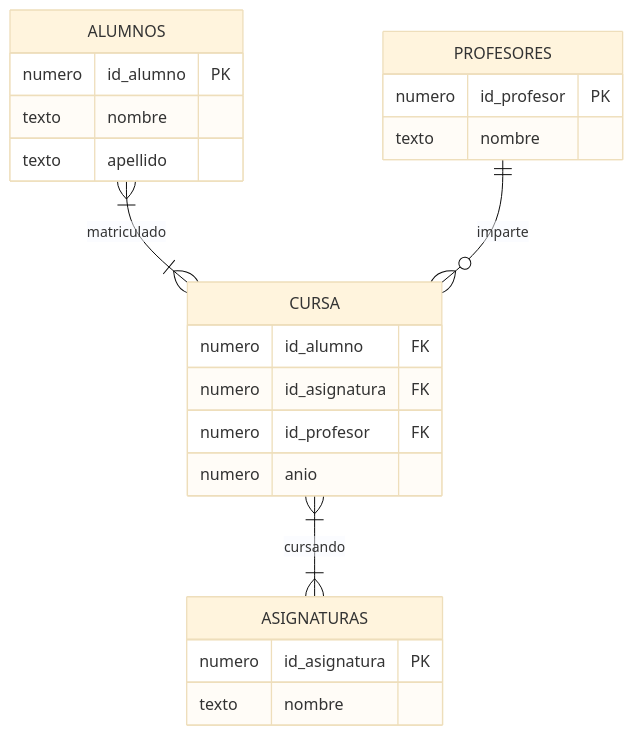
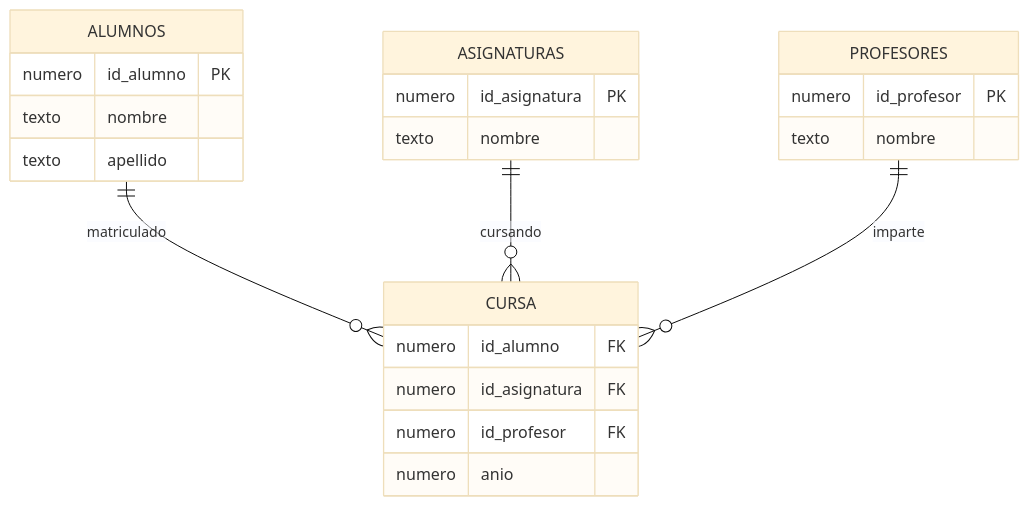
Before and after one commit to IraitzM/ingenieria-datos: the fourth of 4 diagrams in content/modelado/desnormalizar.qmd, drawn with Mermaid (base theme). The commit also changed other lines of this file and 4 other files, not shown here.

Commit message:
FIX ER diagrams

````diff
--- a/content/modelado/desnormalizar.qmd
+++ b/content/modelado/desnormalizar.qmd
@@ -109,26 +109,26 @@
 ```{mermaid}
 erDiagram
     ALUMNOS {
         numero id_alumno PK
         texto nombre
         texto apellido
     }
     CURSA{
         numero id_alumno FK
         numero id_asignatura FK
         numero id_profesor FK
         numero anio
     }
     ASIGNATURAS {
         numero id_asignatura PK
         texto nombre
     }
     PROFESORES {
         numero id_profesor PK
         texto nombre
     }
 
-    ALUMNOS }|--|{ CURSA: matriculado
-    CURSA }|--|{ ASIGNATURAS: cursando
+    ALUMNOS ||--o{ CURSA: matriculado
+    ASIGNATURAS ||--o{ CURSA: cursando
     PROFESORES ||--o{ CURSA: imparte
 ```
````
